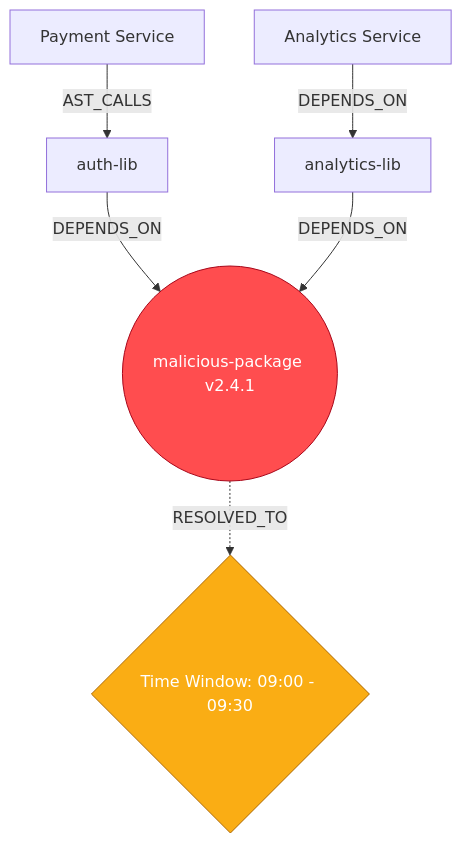
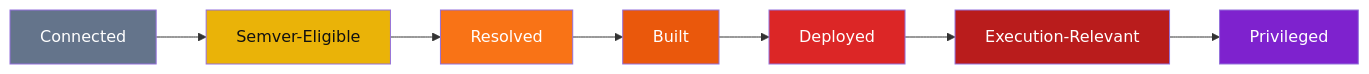
One commit to akshita123454/Track-2-APR changed the third of 3 diagrams in README.md. Above: the diagram before and after it, drawn with Mermaid. The commit also changed other lines of this file, not shown here.

````diff
--- a/README.md
+++ b/README.md
@@ -145,13 +219,17 @@
 ```mermaid
-graph TD
-    classDef danger fill:#ff4d4f,color:white,stroke:#a8071a;
-    classDef safe fill:#52c41a,color:white,stroke:#237804;
-    classDef time fill:#faad14,color:white,stroke:#ad6800;
+flowchart LR
+    C[Connected] --> S[Semver-Eligible]
+    S --> R[Resolved]
+    R --> B[Built]
+    B --> D[Deployed]
+    D --> X[Execution-Relevant]
+    X --> P[Privileged]
 
-    A[Payment Service] -->|AST_CALLS| B[auth-lib]
-    C[Analytics Service] -->|DEPENDS_ON| D[analytics-lib]
-    B -->|DEPENDS_ON| E((malicious-package v2.4.1)):::danger
-    D -->|DEPENDS_ON| E
-    
-    E -.->|RESOLVED_TO| F{Time Window: 09:00 - 09:30}:::time
+    style C fill:#64748b,color:#fff
+    style S fill:#eab308,color:#111
+    style R fill:#f97316,color:#fff
+    style B fill:#ea580c,color:#fff
+    style D fill:#dc2626,color:#fff
+    style X fill:#b91c1c,color:#fff
+    style P fill:#7e22ce,color:#fff
 ```
````
